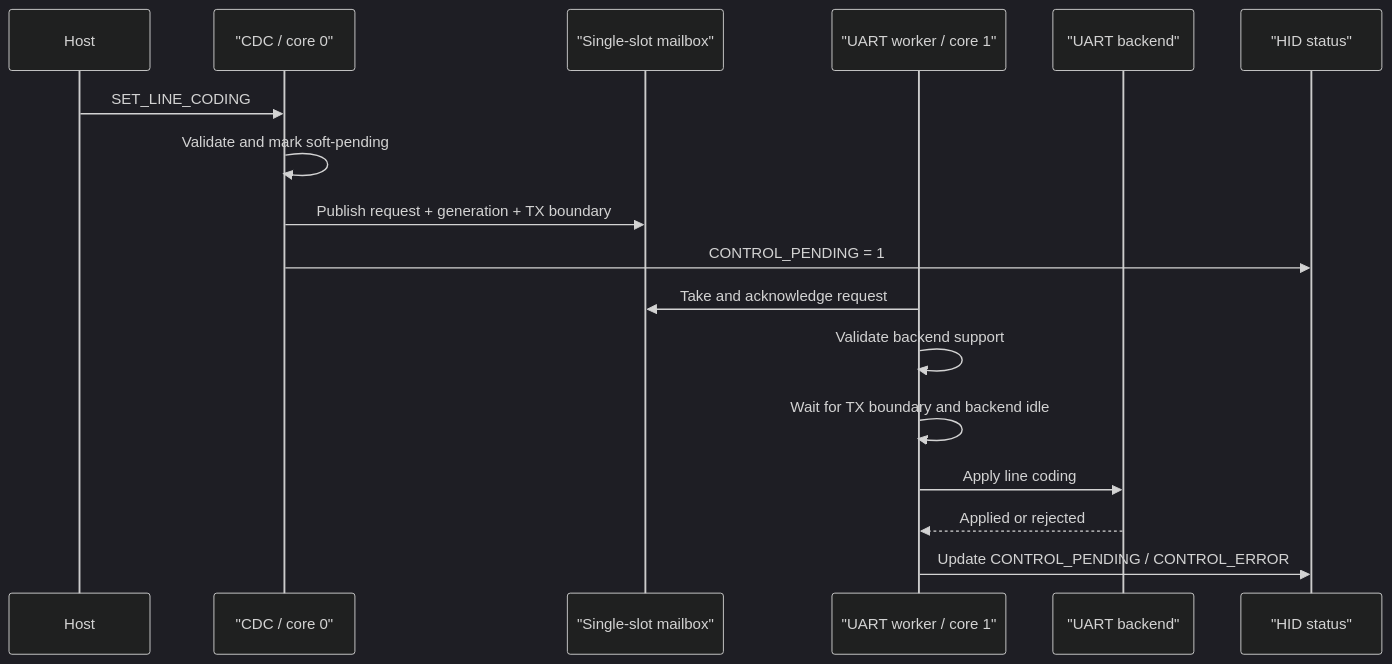
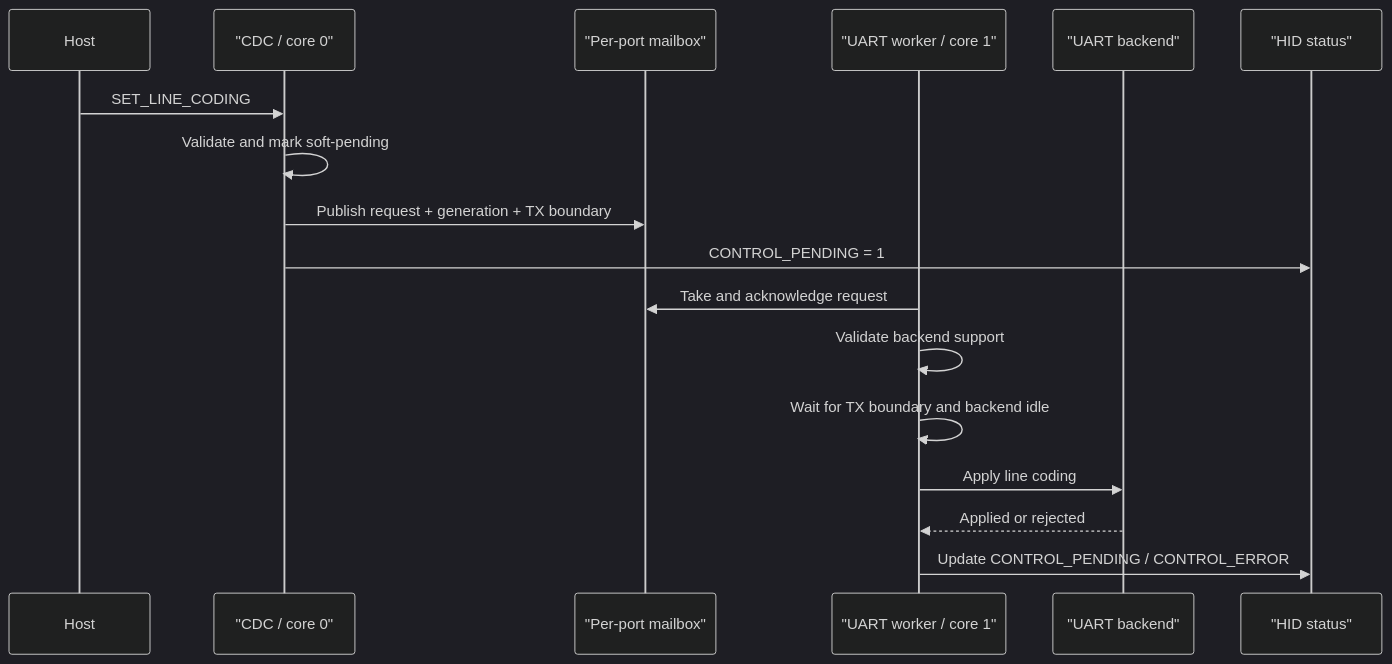
The first of 3 diagrams in docs/detail/control-plane-design.md (djwinter29-oss/PicoUart), drawn with Mermaid (dark theme) before and after one commit. The commit also changed other lines of this file and 21 other files, not shown here.

````diff
--- a/docs/detail/control-plane-design.md
+++ b/docs/detail/control-plane-design.md
@@ -52,20 +52,20 @@
 ```mermaid
 sequenceDiagram
   participant Host
   participant USB as "CDC / core 0"
-  participant Mailbox as "Single-slot mailbox"
+  participant Mailbox as "Per-port mailbox"
   participant Worker as "UART worker / core 1"
   participant Backend as "UART backend"
   participant HID as "HID status"
 
   Host->>USB: SET_LINE_CODING
   USB->>USB: Validate and mark soft-pending
   USB->>Mailbox: Publish request + generation + TX boundary
   USB->>HID: CONTROL_PENDING = 1
   Worker->>Mailbox: Take and acknowledge request
   Worker->>Worker: Validate backend support
   Worker->>Worker: Wait for TX boundary and backend idle
   Worker->>Backend: Apply line coding
   Backend-->>Worker: Applied or rejected
   Worker->>HID: Update CONTROL_PENDING / CONTROL_ERROR
 ```
````
